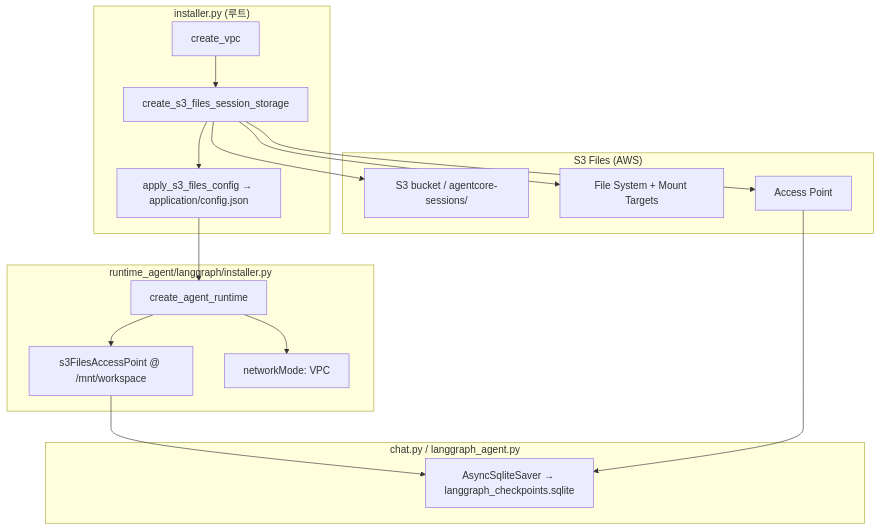
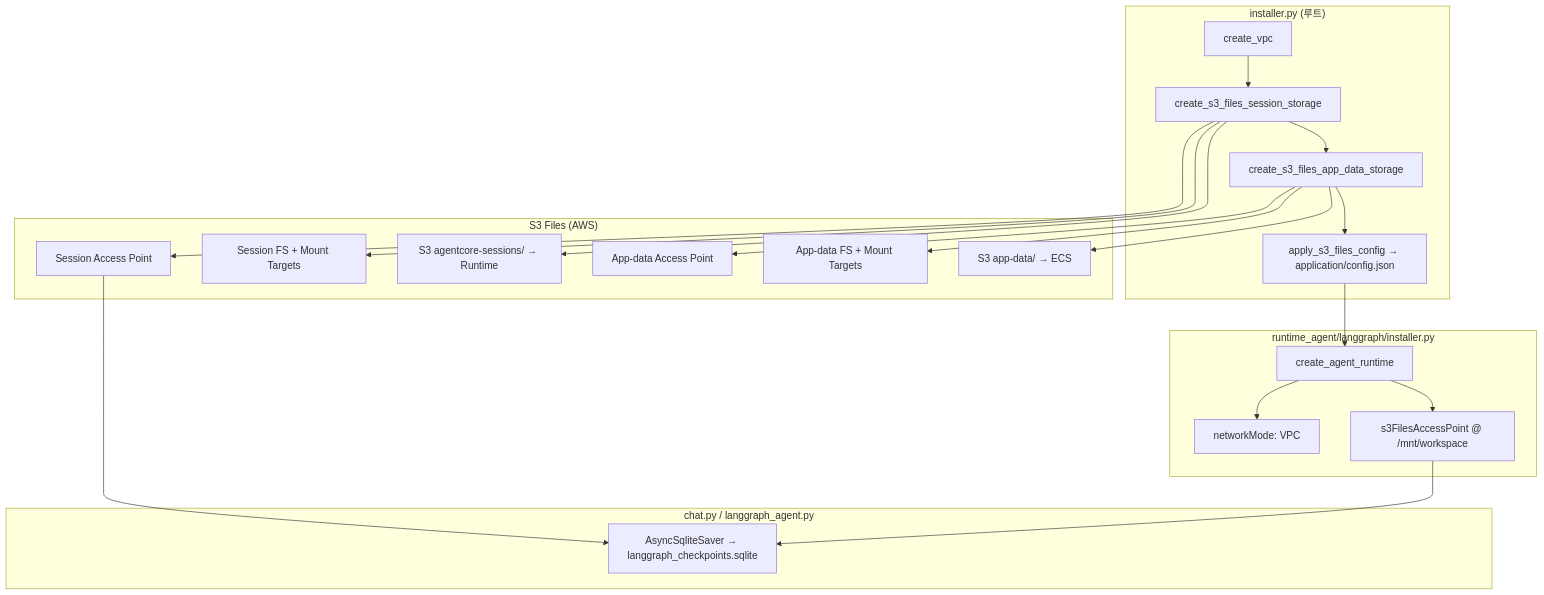
One commit to kyopark2014/langgraph-runtime changed the third of 3 diagrams in README.md. Above: the diagram before and after it, drawn with Mermaid. The commit also changed other lines of this file and 6 other files, not shown here.

First line of the commit message:
Isolate ECS app data on a dedicated app-data S3 Files mount.

````diff
--- a/README.md
+++ b/README.md
@@ -1059,32 +1059,39 @@
 ```mermaid
 flowchart TB
     subgraph root_installer ["installer.py (루트)"]
         A[create_vpc] --> B[create_s3_files_session_storage]
-        B --> C[apply_s3_files_config → application/config.json]
+        B --> B2[create_s3_files_app_data_storage]
+        B2 --> C[apply_s3_files_config → application/config.json]
     end
 
     subgraph s3files_aws ["S3 Files (AWS)"]
-        D[S3 bucket / agentcore-sessions/]
-        E[File System + Mount Targets]
-        F[Access Point]
+        D[S3 agentcore-sessions/ → Runtime]
+        D2[S3 app-data/ → ECS]
+        E[Session FS + Mount Targets]
+        E2[App-data FS + Mount Targets]
+        F[Session Access Point]
+        F2[App-data Access Point]
     end
 
     subgraph runtime_installer ["runtime_agent/langgraph/installer.py"]
         G[create_agent_runtime]
         H["s3FilesAccessPoint @ /mnt/workspace"]
         I["networkMode: VPC"]
     end
 
     subgraph runtime_agent ["chat.py / langgraph_agent.py"]
         J["AsyncSqliteSaver → langgraph_checkpoints.sqlite"]
     end
 
     B --> D
     B --> E
     B --> F
+    B2 --> D2
+    B2 --> E2
+    B2 --> F2
     C --> G
     G --> H
     G --> I
     H --> J
     F --> J
 ```
````
